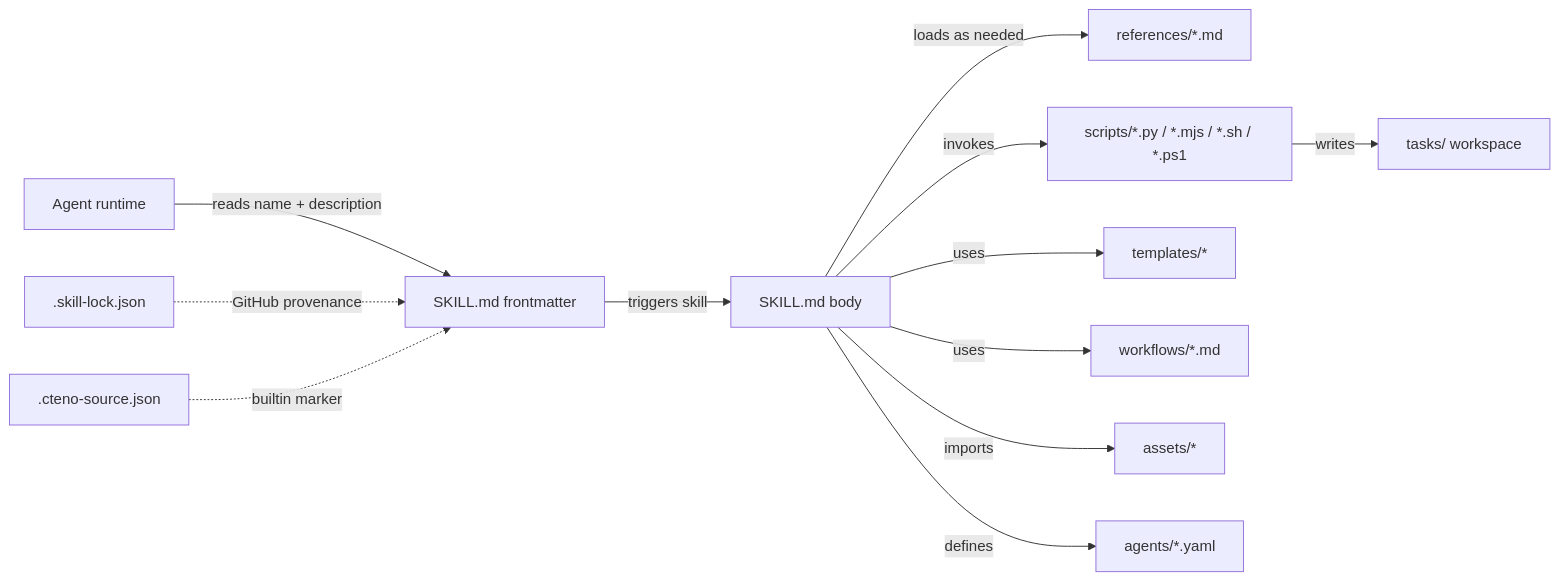
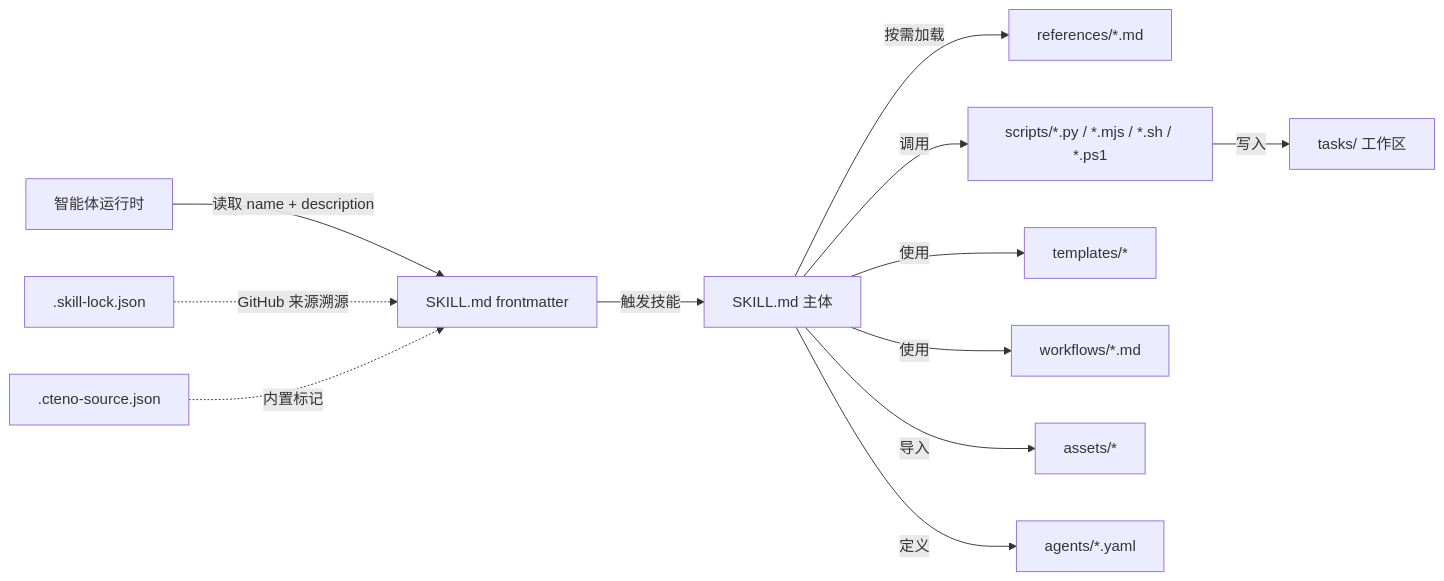
The diagram in AGENTS.md (pelioo/.agents), drawn with Mermaid before and after one commit. The commit also changed other lines of this file and 2 other files, not shown here.

First line of the commit message:
将 AGENTS.md 与 README.md 翻译为简体中文

````diff
--- a/AGENTS.md
+++ b/AGENTS.md
@@ -22,14 +26,14 @@
 ```mermaid
 flowchart LR
-    Agent[Agent runtime] -->|reads name + description| SKILL[SKILL.md frontmatter]
-    SKILL -->|triggers skill| Body[SKILL.md body]
-    Body -->|loads as needed| Refs[references/*.md]
-    Body -->|invokes| Scripts[scripts/*.py / *.mjs / *.sh / *.ps1]
-    Body -->|uses| Tmpl[templates/*]
-    Body -->|uses| Wf[workflows/*.md]
-    Body -->|imports| Assets[assets/*]
-    Body -->|defines| Subagents[agents/*.yaml]
-    Scripts -->|writes| Tasks[tasks/ workspace]
-    Lock1[.skill-lock.json] -.->|GitHub provenance| SKILL
-    Lock2[.cteno-source.json] -.->|builtin marker| SKILL
+    Agent[智能体运行时] -->|读取 name + description| SKILL[SKILL.md frontmatter]
+    SKILL -->|触发技能| Body[SKILL.md 主体]
+    Body -->|按需加载| Refs[references/*.md]
+    Body -->|调用| Scripts[scripts/*.py / *.mjs / *.sh / *.ps1]
+    Body -->|使用| Tmpl[templates/*]
+    Body -->|使用| Wf[workflows/*.md]
+    Body -->|导入| Assets[assets/*]
+    Body -->|定义| Subagents[agents/*.yaml]
+    Scripts -->|写入| Tasks[tasks/ 工作区]
+    Lock1[.skill-lock.json] -.->|GitHub 来源溯源| SKILL
+    Lock2[.cteno-source.json] -.->|内置标记| SKILL
 ```
````
